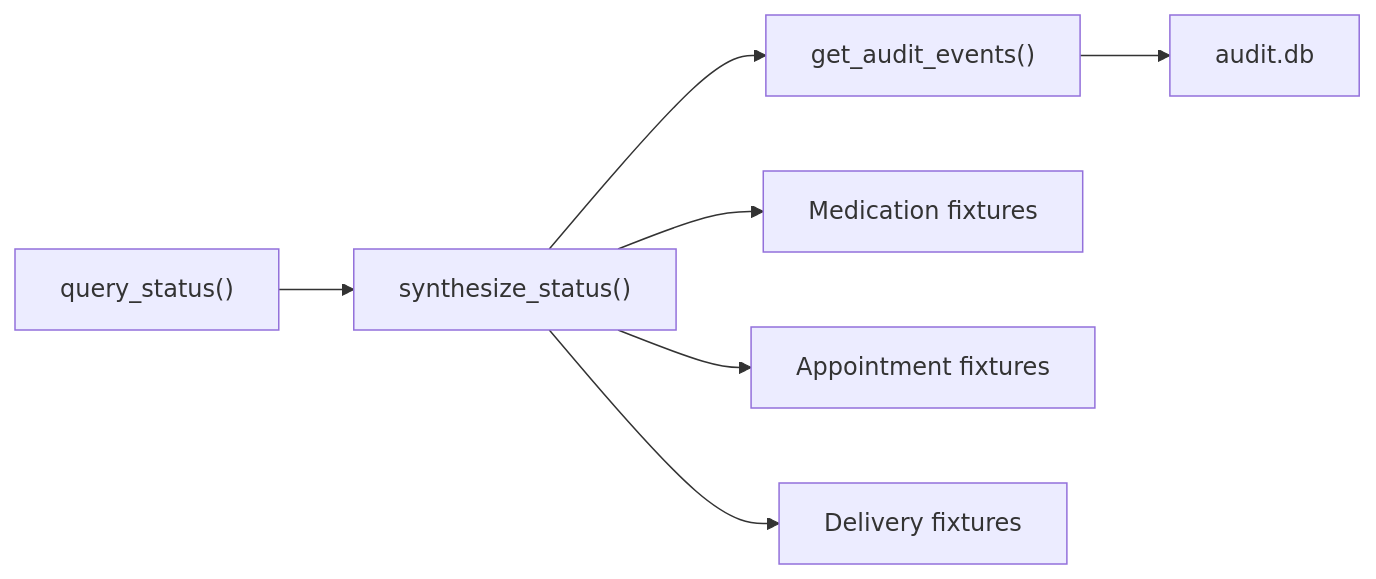
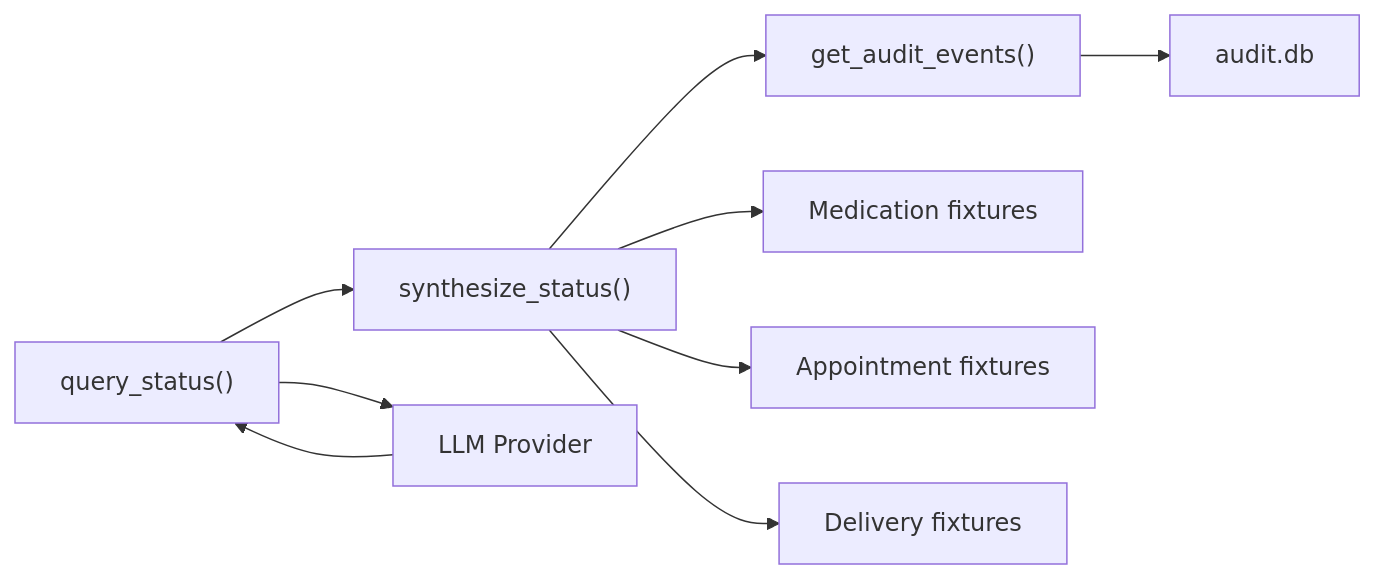
The fourth of 4 diagrams in .qoder/repowiki/en/content/API Reference/Status Query API.md (infamous-rebel/CareBridge), drawn with Mermaid before and after one commit. The commit also changed other lines of this file and 12 other files, not shown here.

````diff
--- a/.qoder/repowiki/en/content/API Reference/Status Query API.md
+++ b/.qoder/repowiki/en/content/API Reference/Status Query API.md
@@ -244,9 +279,11 @@
 ```mermaid
 graph LR
 Q["query_status()"] --> S["synthesize_status()"]
 S --> A["get_audit_events()"]
 A --> DB["audit.db"]
 S --> M["Medication fixtures"]
 S --> P["Appointment fixtures"]
 S --> D["Delivery fixtures"]
+Q --> L["LLM Provider"]
+L --> Q
 ```
````
